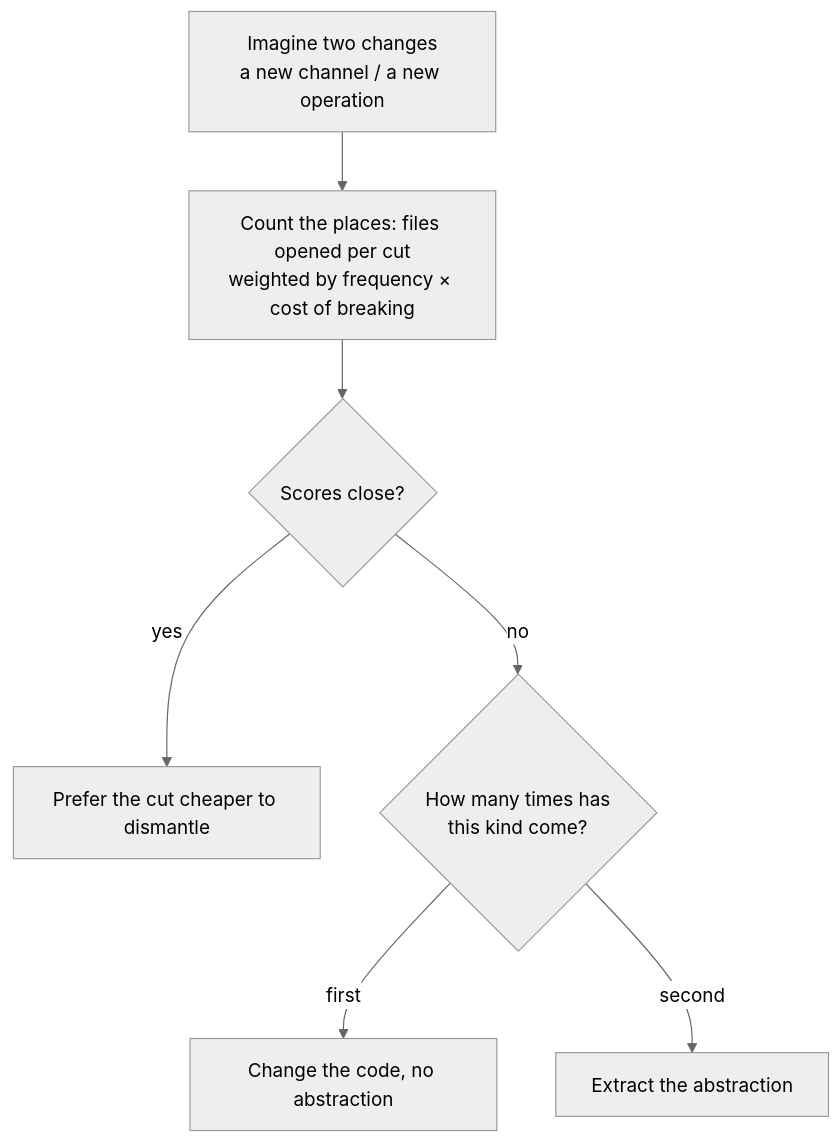
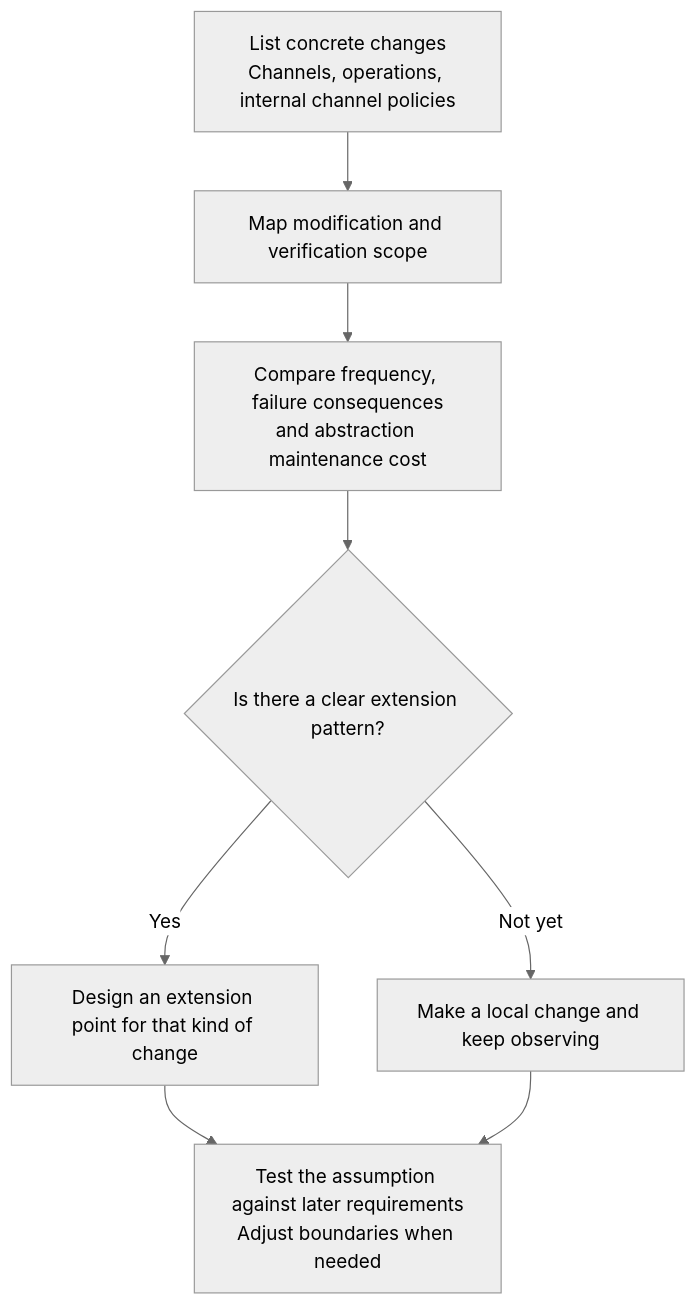
Before and after one commit to ffzz/blog: the third of 3 diagrams in src/content/notes/en/open-closed-only-the-guessed-axis.md, drawn with Mermaid (neutral theme). The commit also changed other lines of this file and 3 other files, not shown here.

````diff
--- a/src/content/notes/en/open-closed-only-the-guessed-axis.md
+++ b/src/content/notes/en/open-closed-only-the-guessed-axis.md
@@ -201,9 +273,10 @@
 ```mermaid
 flowchart TD
-    A["Imagine two changes<br/>a new channel / a new operation"] --> B["Count the places: files opened per cut<br/>weighted by frequency × cost of breaking"]
-    B --> C{"Scores close?"}
-    C -- yes --> D["Prefer the cut cheaper to dismantle"]
-    C -- no --> E{"How many times has<br/>this kind come?"}
-    E -- first --> F["Change the code, no abstraction"]
-    E -- second --> G["Extract the abstraction"]
+    A["List concrete changes<br/>Channels, operations, internal channel policies"] --> B["Map modification and verification scope"]
+    B --> C["Compare frequency, failure consequences<br/>and abstraction maintenance cost"]
+    C --> D{"Is there a clear extension pattern?"}
+    D -- Yes --> E["Design an extension point for that kind of change"]
+    D -- Not yet --> F["Make a local change and keep observing"]
+    E --> G["Test the assumption against later requirements<br/>Adjust boundaries when needed"]
+    F --> G
 ```
````
